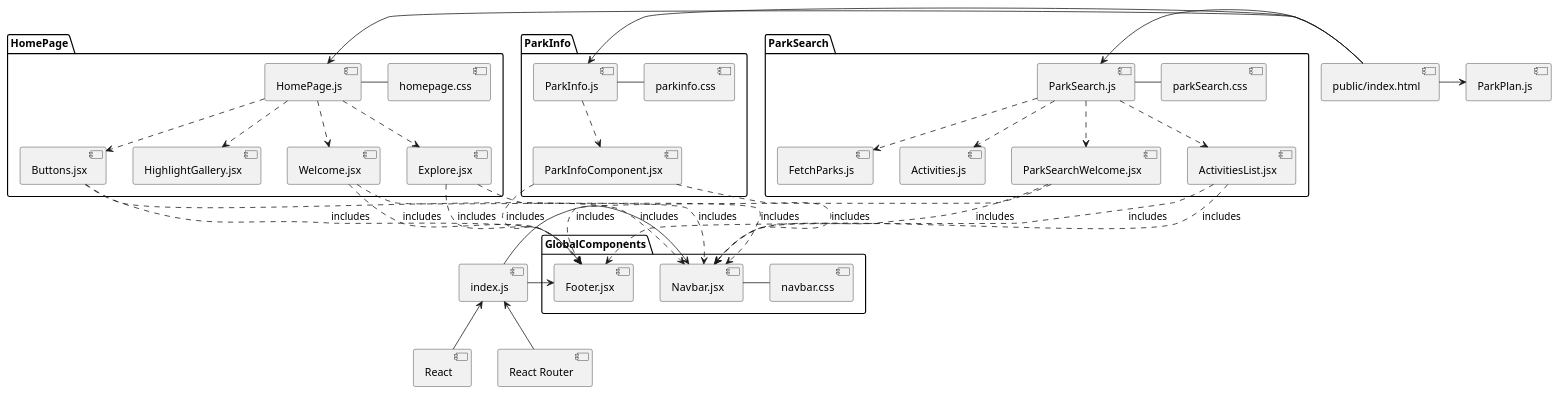
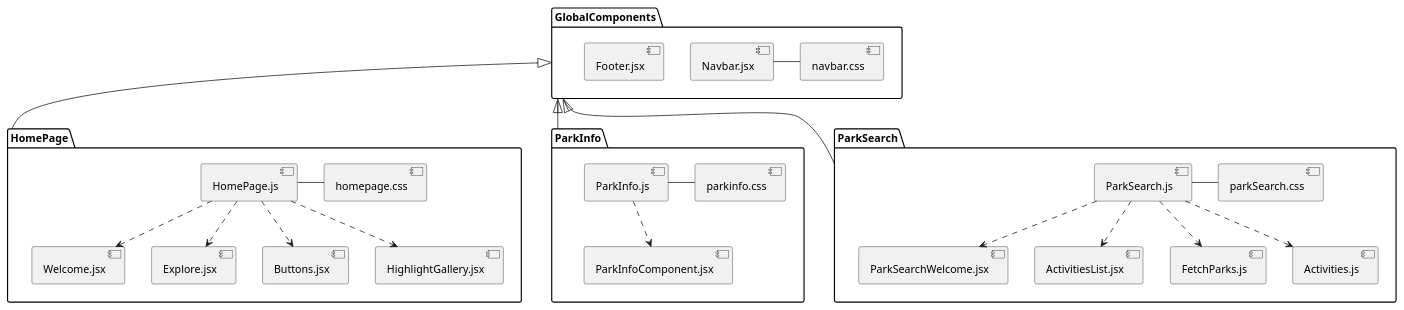
Before and after one commit to IskraLlupa25/llupa-sheldon-nguyen: the diagram in Diagrams/ParkPlanClassDiagram.puml, drawn with PlantUML.

Commit message:
Updating uml class diagram layout

```diff
--- a/Diagrams/ParkPlanClassDiagram.puml
+++ b/Diagrams/ParkPlanClassDiagram.puml
@@ -1,55 +1,62 @@
 @startuml ParkPlan
 
-package "HomePage" {
+package HomePage {
   [HomePage.js] - [homepage.css]
   [HomePage.js] ..> [Welcome.jsx]
   [HomePage.js] ..> [Explore.jsx]
   [HomePage.js] ..> [Buttons.jsx]
   [HomePage.js] ..> [HighlightGallery.jsx]
   
 }
 
-package "ParkInfo" {
+package ParkInfo {
   [ParkInfo.js] - [parkinfo.css]
   [ParkInfo.js] ..> [ParkInfoComponent.jsx]
 }
 
-package "ParkSearch" {
+package ParkSearch {
   [ParkSearch.js] - [parkSearch.css]
   [ParkSearch.js] ..> [ParkSearchWelcome.jsx]
   [ParkSearch.js] ..> [ActivitiesList.jsx]
   [ParkSearch.js] ..> [FetchParks.js]
   [ParkSearch.js] ..> [Activities.js]
 }
 
-package "GlobalComponents" {
+package GlobalComponents {
   [Navbar.jsx] - [navbar.css]
   [Footer.jsx]
 }
 
-[Welcome.jsx] ..> [Navbar.jsx] : includes
-[Explore.jsx] ..> [Navbar.jsx] : includes
-[Buttons.jsx] ..> [Navbar.jsx] : includes
-[ParkInfoComponent.jsx] ..> [Navbar.jsx] : includes
-[ParkSearchWelcome.jsx] ..> [Navbar.jsx] : includes
-[ActivitiesList.jsx] ..> [Navbar.jsx] : includes
+GlobalComponents <|-down- HomePage
+GlobalComponents <|-down- ParkInfo
+GlobalComponents <|-down- ParkSearch
+'HomePage .up.> GlobalComponents
+'ParkInfo .up.> GlobalComponents
+'ParkSearch ..> GlobalComponents
 
-[Welcome.jsx] ..> [Footer.jsx] : includes
-[Explore.jsx] ..> [Footer.jsx] : includes
-[Buttons.jsx] ..> [Footer.jsx] : includes
-[ParkInfoComponent.jsx] ..> [Footer.jsx] : includes
-[ParkSearchWelcome.jsx] ..> [Footer.jsx] : includes
-[ActivitiesList.jsx] ..> [Footer.jsx] : includes
+'[Welcome.jsx] ..> [Navbar.jsx]
+'[Explore.jsx] ..> [Navbar.jsx]
+'[Buttons.jsx] ..> [Navbar.jsx]
+'[ParkInfoComponent.jsx] ..> [Navbar.jsx]
+'[ParkSearchWelcome.jsx] ..> [Navbar.jsx]
+'[ActivitiesList.jsx] ..> [Navbar.jsx]
 
-[public/index.html] -right-> [HomePage.js]
-[public/index.html] -right-> [ParkPlan.js]
-[public/index.html] -right-> [ParkInfo.js]
-[public/index.html] -right-> [ParkSearch.js]
+'[Welcome.jsx] ..> [Footer.jsx]
+'[Explore.jsx] ..> [Footer.jsx]
+'[Buttons.jsx] ..> [Footer.jsx]
+'[ParkInfoComponent.jsx] ..> [Footer.jsx]
+'[ParkSearchWelcome.jsx] ..> [Footer.jsx]
+'[ActivitiesList.jsx] ..> [Footer.jsx]
 
-[React] -up-> [index.js]
-[React Router] -up-> [index.js]
+'[public/index.html] -right-> [HomePage.js]
+'[public/index.html] -right-> [ParkPlan.js]
+'[public/index.html] -right-> [ParkInfo.js]
+'[public/index.html] -right-> [ParkSearch.js]
 
-index.js -right-> [Navbar.jsx]
-index.js -right-> [Footer.jsx]
+'[React] -up-> [index.js]
+'[React Router] -up-> [index.js]
+
+'index.js -right-> [Navbar.jsx]
+'index.js -right-> [Footer.jsx]
 
 @enduml
```
